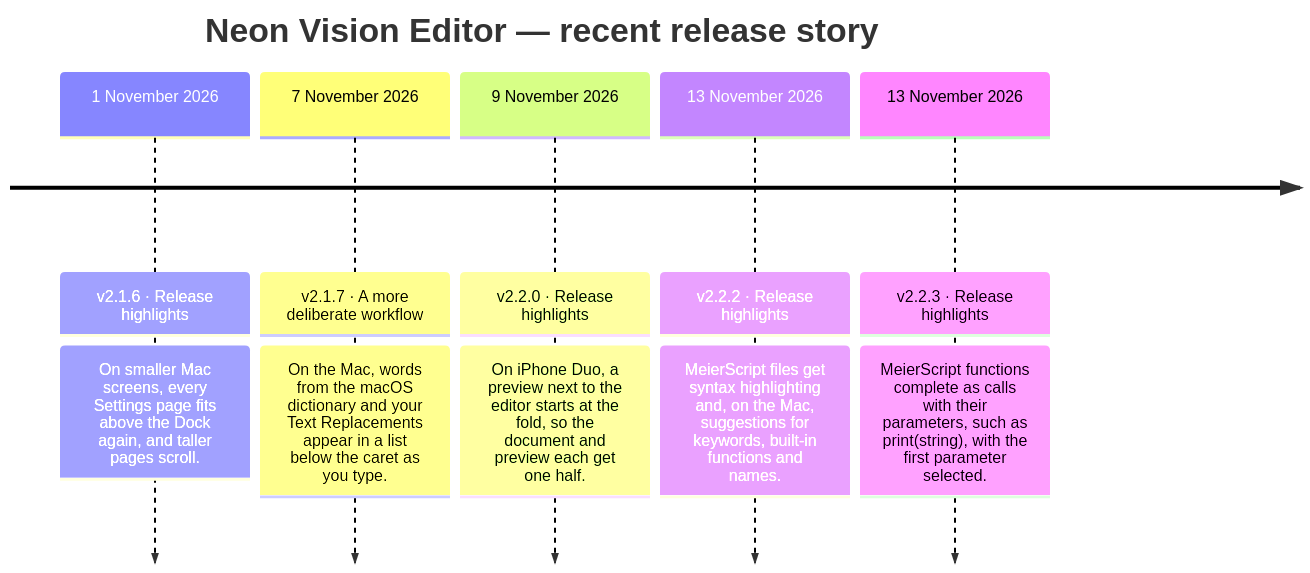
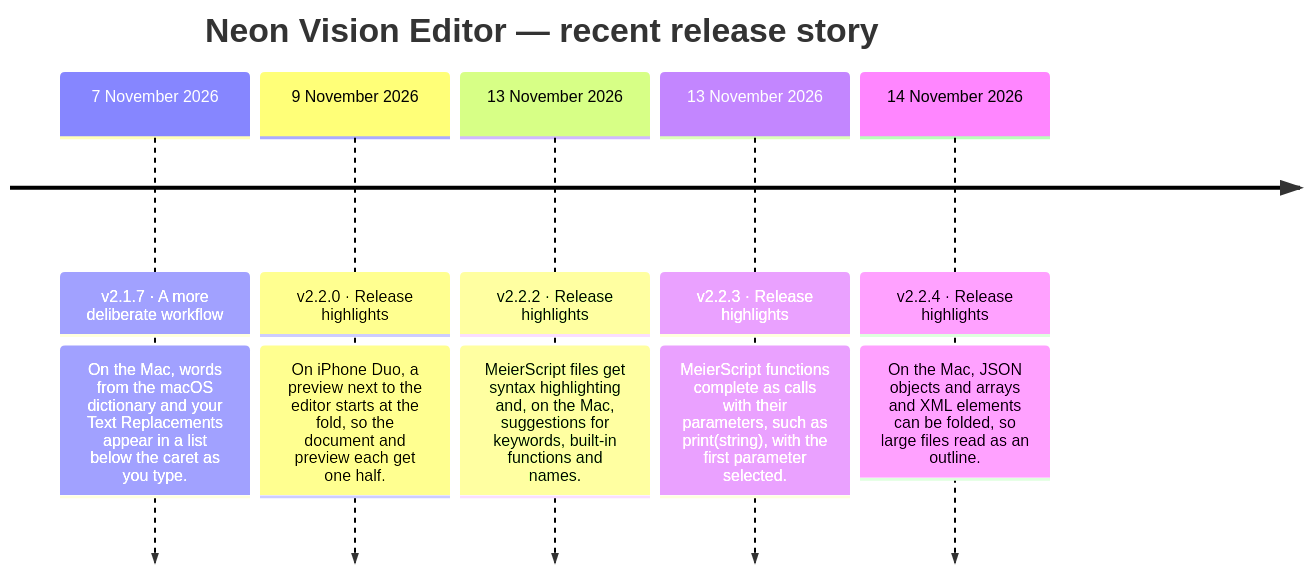
The diagram in README.md (h3pdesign/Neon-Vision-Editor), drawn with Mermaid before and after one commit. The commit also changed other lines of this file and 9 other files, not shown here.

````diff
--- a/README.md
+++ b/README.md
@@ -763,14 +761,14 @@
 ```mermaid
 timeline
     title Neon Vision Editor — recent release story
-    1 November 2026 : v2.1.6 · Release highlights
-                : On smaller Mac screens, every Settings page fits above the Dock again, and taller pages scroll.
     7 November 2026 : v2.1.7 · A more deliberate workflow
                 : On the Mac, words from the macOS dictionary and your Text Replacements appear in a list below the caret as you type.
     9 November 2026 : v2.2.0 · Release highlights
                 : On iPhone Duo, a preview next to the editor starts at the fold, so the document and preview each get one half.
     13 November 2026 : v2.2.2 · Release highlights
                 : MeierScript files get syntax highlighting and, on the Mac, suggestions for keywords, built-in functions and names.
     13 November 2026 : v2.2.3 · Release highlights
                 : MeierScript functions complete as calls with their parameters, such as print(string), with the first parameter selected.
+    14 November 2026 : v2.2.4 · Release highlights
+                : On the Mac, JSON objects and arrays and XML elements can be folded, so large files read as an outline.
 ```
````
